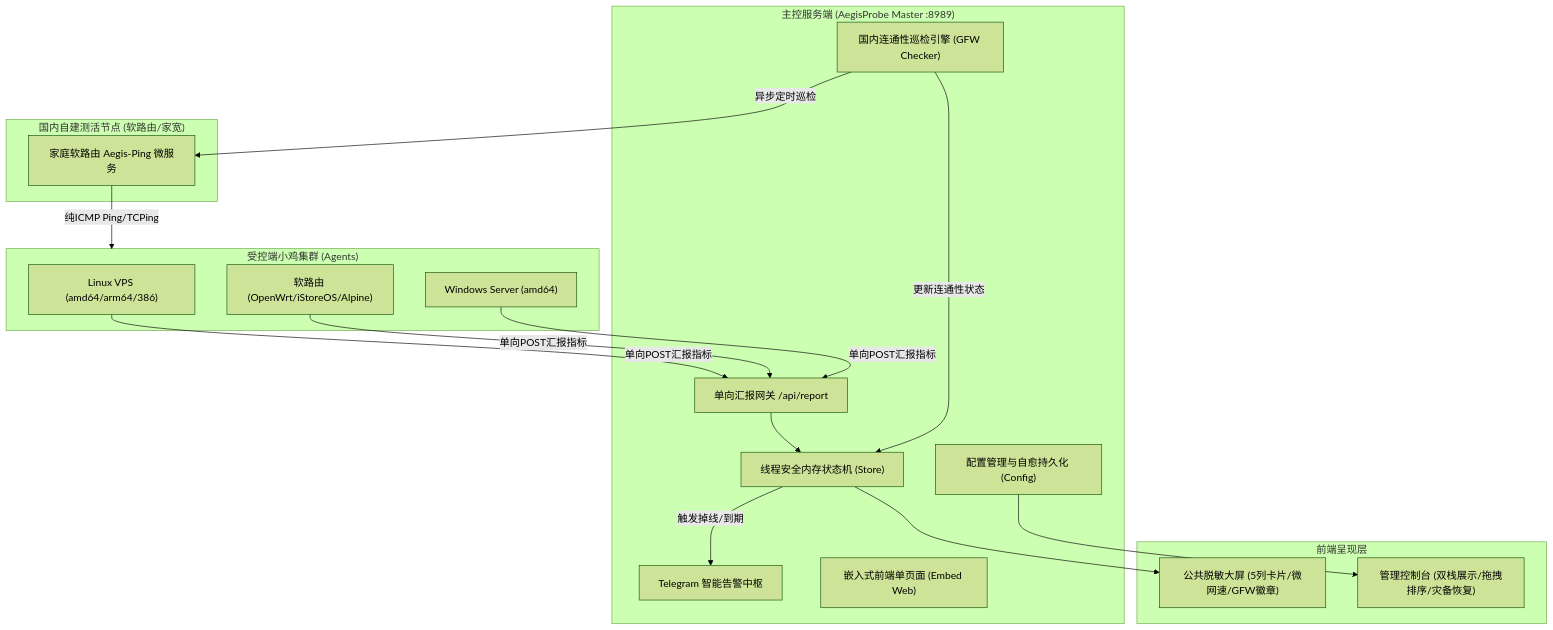
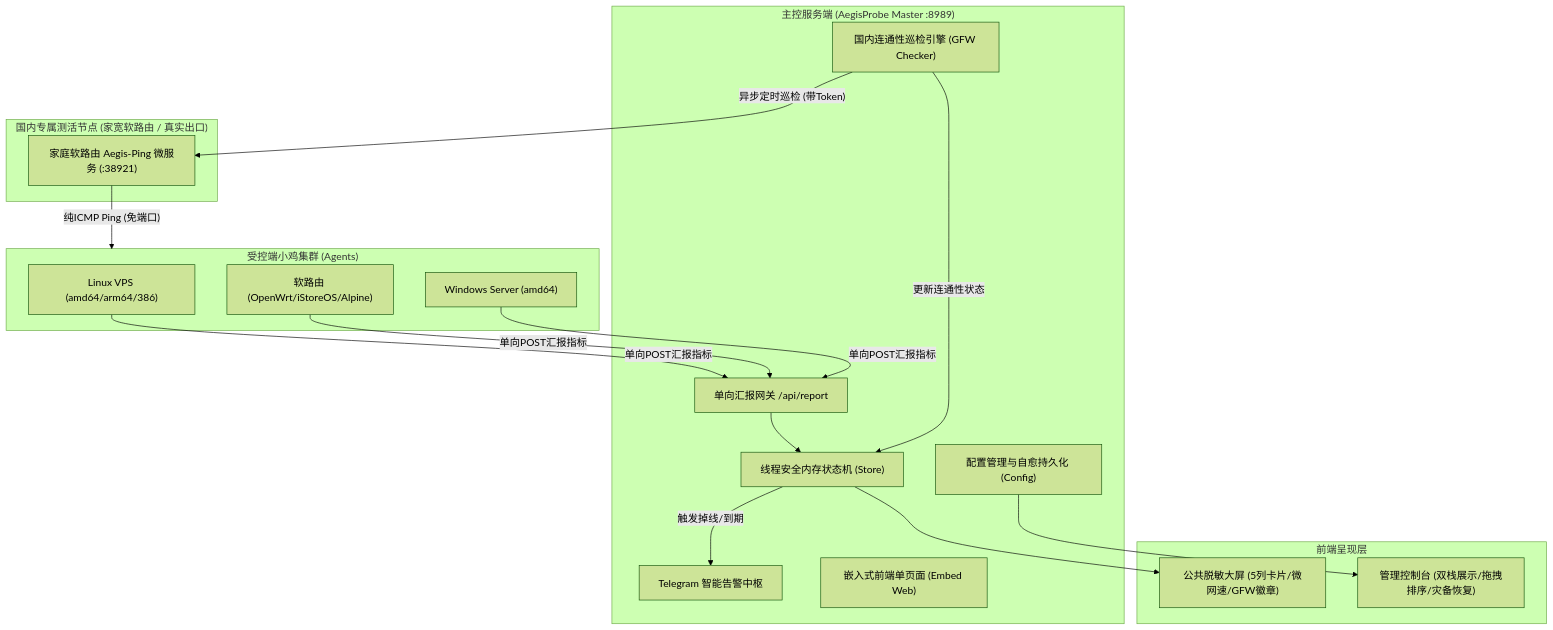
Before and after one commit to wxfyes/AegisProbe: the diagram in docs/WHITEPAPER_AND_HANDOVER.md, drawn with Mermaid (forest theme). The commit also changed other lines of this file, not shown here.

Commit message:
docs: 更新白皮书，收录 Aegis-Ping 家宽测活微探针实战架构与交付成果

````diff
--- a/docs/WHITEPAPER_AND_HANDOVER.md
+++ b/docs/WHITEPAPER_AND_HANDOVER.md
@@ -42,38 +45,38 @@
 ```mermaid
 flowchart TD
     subgraph Clients["受控端小鸡集群 (Agents)"]
         A1["Linux VPS (amd64/arm64/386)"]
         A2["软路由 (OpenWrt/iStoreOS/Alpine)"]
         A3["Windows Server (amd64)"]
     end
 
     subgraph CoreEngine["主控服务端 (AegisProbe Master :8989)"]
         H1["单向汇报网关 /api/report"]
         S1["线程安全内存状态机 (Store)"]
         C1["配置管理与自愈持久化 (Config)"]
         GFW["国内连通性巡检引擎 (GFW Checker)"]
         TG["Telegram 智能告警中枢"]
         WebFS["嵌入式前端单页面 (Embed Web)"]
     end
 
     subgraph Frontends["前端呈现层"]
         UI1["公共脱敏大屏 (5列卡片/微网速/GFW徽章)"]
         UI2["管理控制台 (双栈展示/拖拽排序/灾备恢复)"]
     end
 
-    subgraph Domestic["国内自建测活节点 (软路由/家宽)"]
-        Router["家庭软路由 Aegis-Ping 微服务"]
+    subgraph Domestic["国内专属测活节点 (家宽软路由 / 真实出口)"]
+        Router["家庭软路由 Aegis-Ping 微服务 (:38921)"]
     end
 
     A1 --"单向POST汇报指标"--> H1
     A2 --"单向POST汇报指标"--> H1
     A3 --"单向POST汇报指标"--> H1
 
     H1 --> S1
     S1 --> UI1
     C1 --> UI2
-    GFW --"异步定时巡检"--> Router
+    GFW --"异步定时巡检 (带Token)"--> Router
     GFW --"更新连通性状态"--> S1
     S1 --"触发掉线/到期"--> TG
-    Router --"纯ICMP Ping/TCPing"--> Clients
+    Router --"纯ICMP Ping (免端口)"--> Clients
 ```
````
